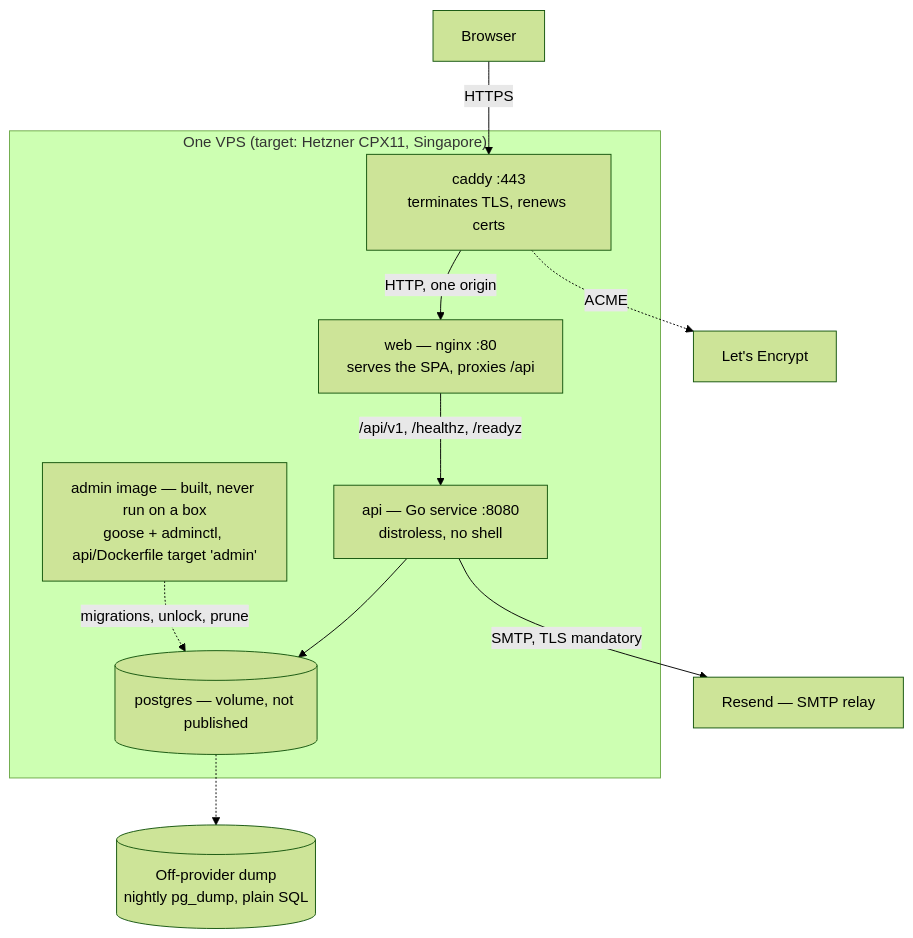
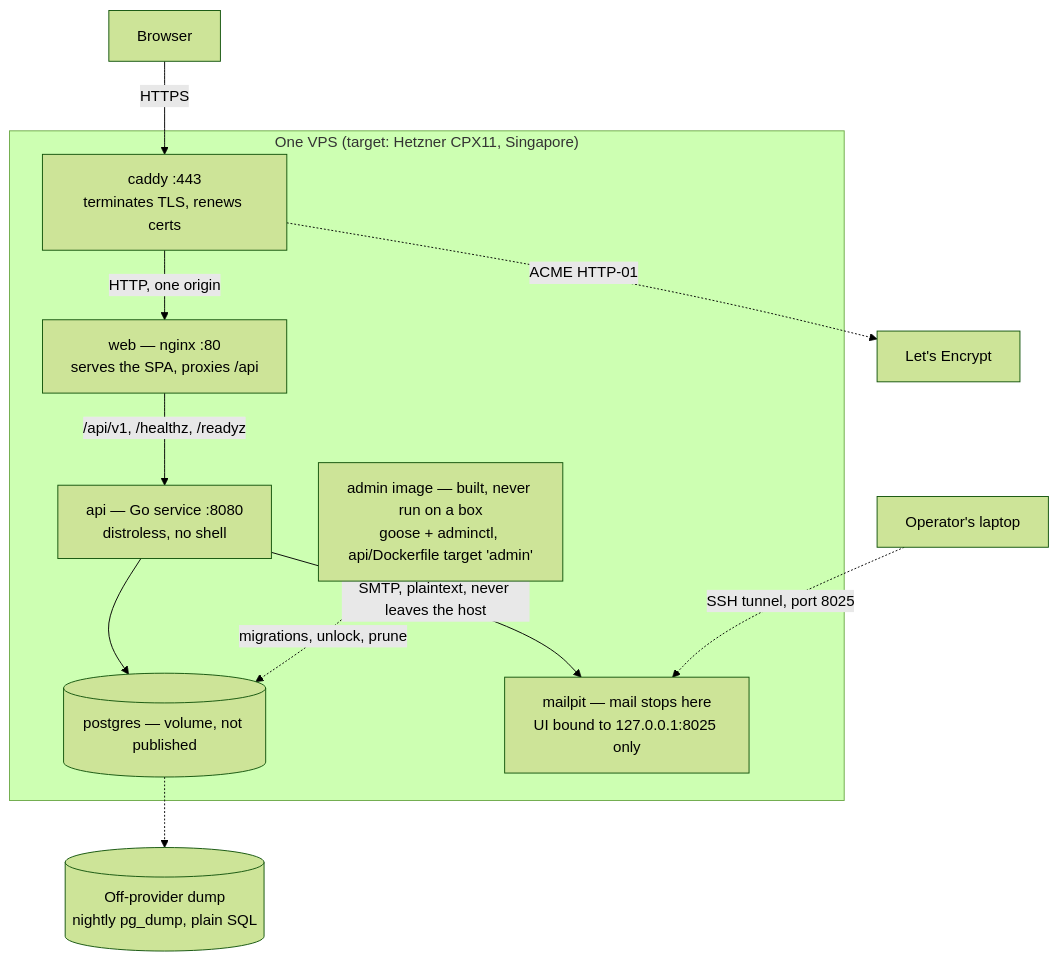
The second of 15 diagrams in docs/SYSTEM_DESIGN.md (oandrz/Household), drawn with Mermaid (forest theme) before and after one commit. The commit also changed other lines of this file and 7 other files, not shown here.

````diff
--- a/docs/SYSTEM_DESIGN.md
+++ b/docs/SYSTEM_DESIGN.md
@@ -112,25 +112,27 @@
 ```mermaid
 graph TD
     Browser["Browser"]
     LE["Let's Encrypt"]
 
     subgraph host["One VPS (target: Hetzner CPX11, Singapore)"]
         Caddy["caddy :443<br/>terminates TLS, renews certs"]
         Nginx["web — nginx :80<br/>serves the SPA, proxies /api"]
         API["api — Go service :8080<br/>distroless, no shell"]
         PG[("postgres — volume, not published")]
+        Mailpit["mailpit — mail stops here<br/>UI bound to 127.0.0.1:8025 only"]
         Admin["admin image — built, never run on a box<br/>goose + adminctl, api/Dockerfile target 'admin'"]
     end
 
-    Relay["Resend — SMTP relay"]
+    Operator["Operator's laptop"]
     Backup[("Off-provider dump<br/>nightly pg_dump, plain SQL")]
 
     Browser -->|HTTPS| Caddy
     Caddy -->|"HTTP, one origin"| Nginx
     Nginx -->|"/api/v1, /healthz, /readyz"| API
     API --> PG
-    API -->|"SMTP, TLS mandatory"| Relay
-    Caddy -.->|"ACME"| LE
+    API -->|"SMTP, plaintext, never leaves the host"| Mailpit
+    Operator -.->|"SSH tunnel, port 8025"| Mailpit
+    Caddy -.->|"ACME HTTP-01"| LE
     Admin -.->|"migrations, unlock, prune"| PG
     PG -.-> Backup
 ```
````
